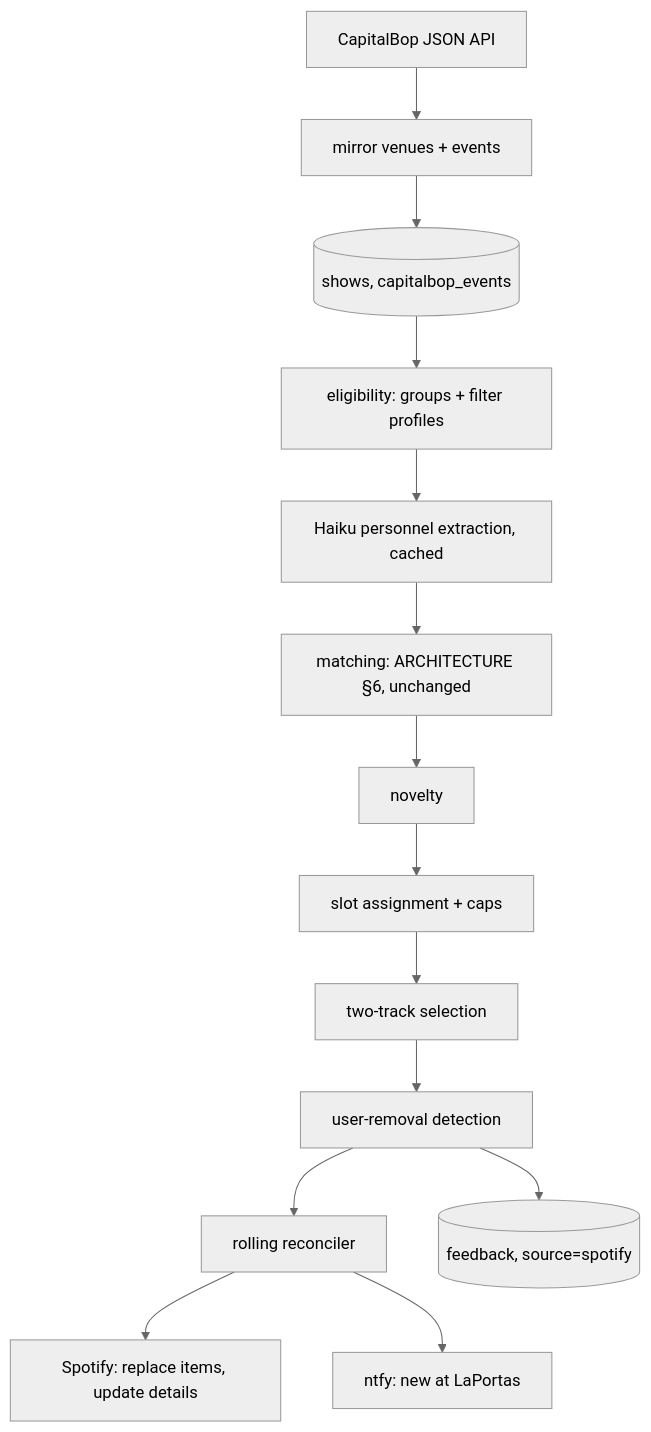
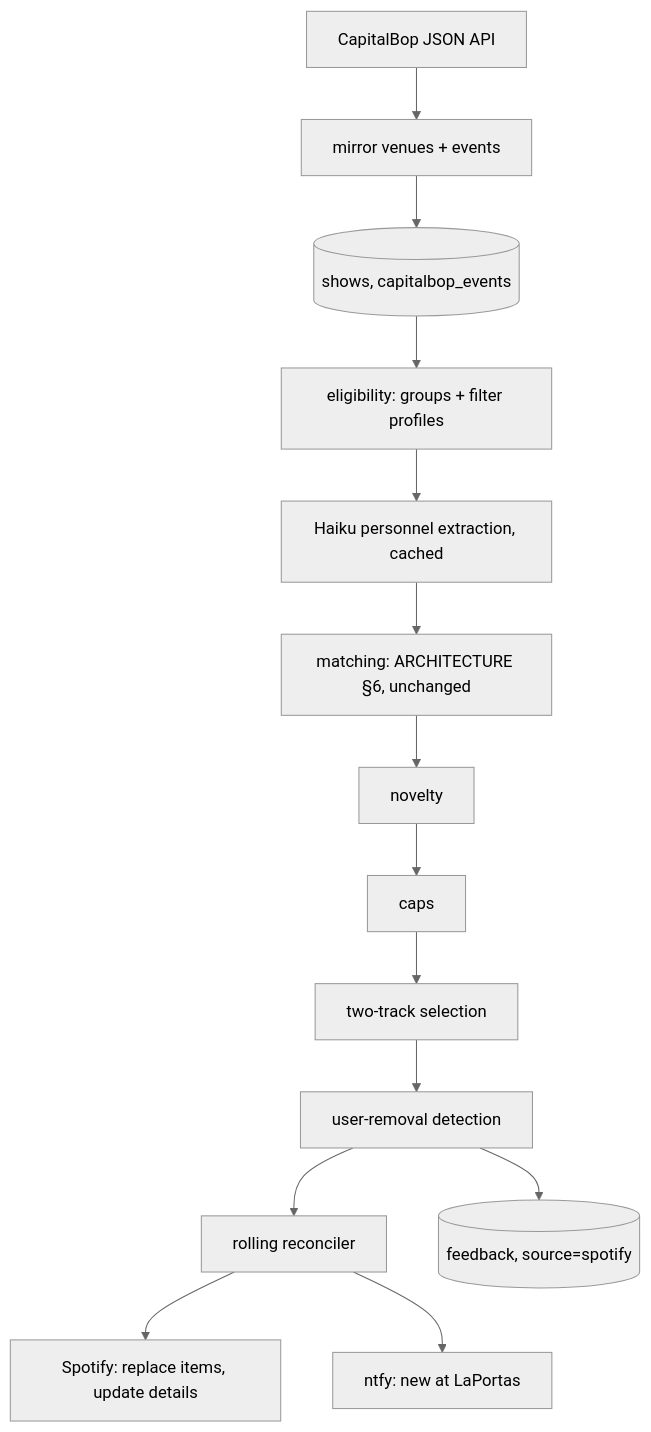
The diagram in docs/DC.md (Brian-Egan/jazz_agent), drawn with Mermaid (neutral theme) before and after one commit. The commit also changed other lines of this file and 12 other files, not shown here.

````diff
--- a/docs/DC.md
+++ b/docs/DC.md
@@ -31,16 +29,16 @@
 ```mermaid
 flowchart TB
   CB[CapitalBop JSON API] --> Mirror[mirror venues + events]
   Mirror --> Shows[(shows, capitalbop_events)]
   Shows --> Elig[eligibility: groups + filter profiles]
   Elig --> Ext[Haiku personnel extraction, cached]
   Ext --> Match[matching: ARCHITECTURE §6, unchanged]
   Match --> Nov[novelty]
-  Nov --> Slot[slot assignment + caps]
-  Slot --> Pick[two-track selection]
+  Nov --> Cap[caps]
+  Cap --> Pick[two-track selection]
   Pick --> Detect[user-removal detection]
   Detect --> Recon[rolling reconciler]
   Recon --> SP[Spotify: replace items, update details]
   Recon --> Ntfy[ntfy: new at LaPortas]
   Detect --> FB[(feedback, source=spotify)]
 ```
````
